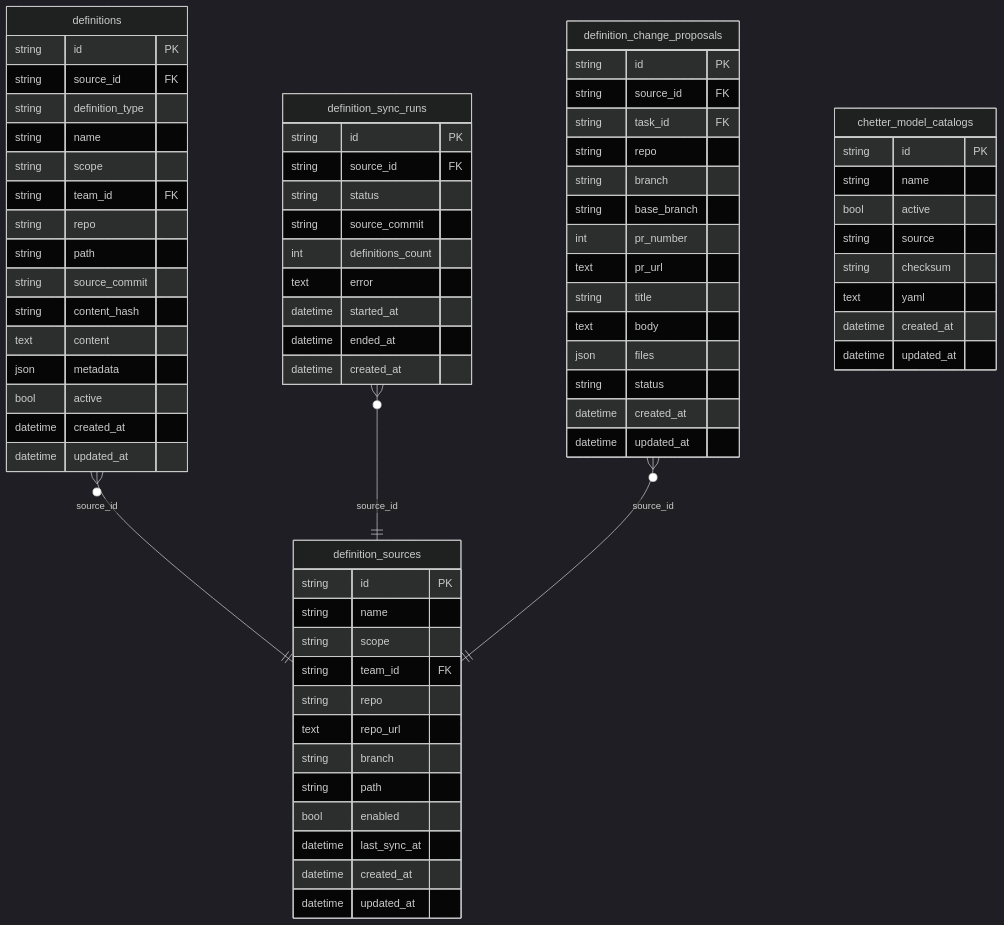
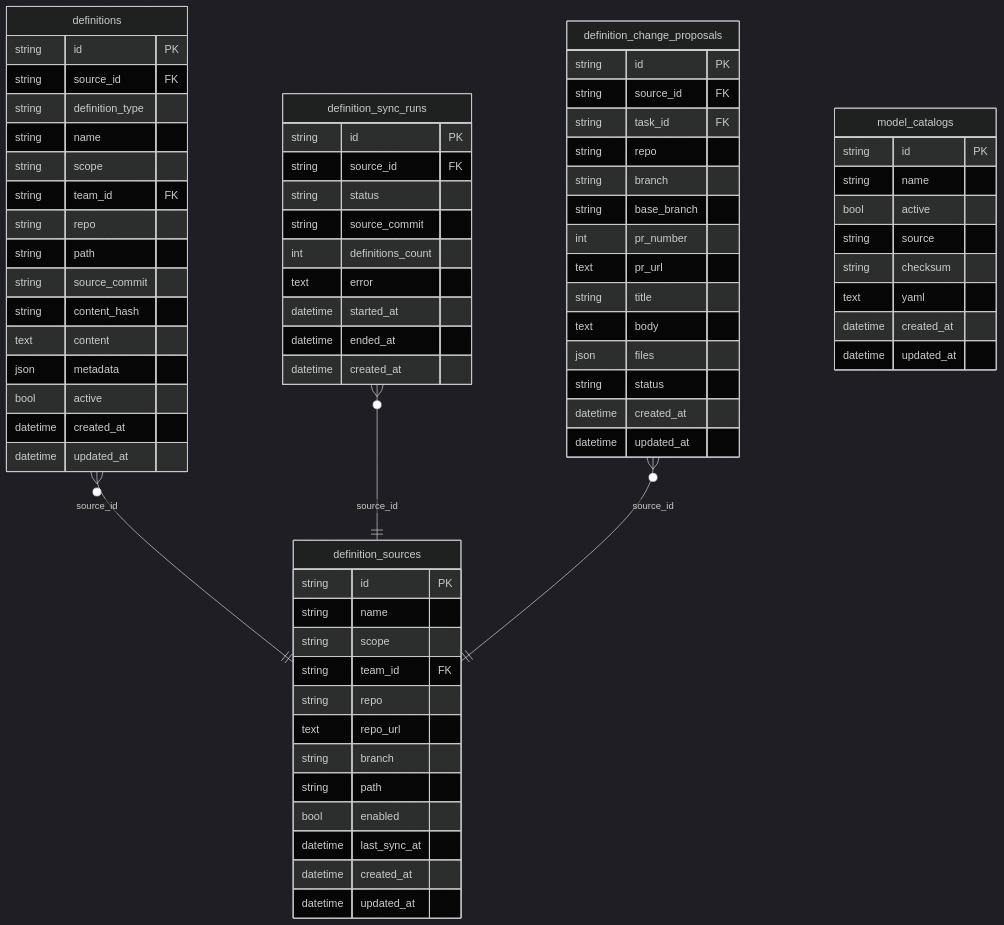
Before and after one commit to flatout-works/chetter: the fifth of 6 diagrams in docs/SCHEMA.md, drawn with Mermaid (dark theme). The commit also changed other lines of this file and 1 other file, not shown here.

First line of the commit message:
chore: follow 052 table renames in ops script and schema doc

````diff
--- a/docs/SCHEMA.md
+++ b/docs/SCHEMA.md
@@ -371,74 +372,74 @@
 ```mermaid
 erDiagram
     definition_sources {
         string id PK
         string name
         string scope
         string team_id FK
         string repo
         text repo_url
         string branch
         string path
         bool enabled
         datetime last_sync_at
         datetime created_at
         datetime updated_at
     }
     definitions {
         string id PK
         string source_id FK
         string definition_type
         string name
         string scope
         string team_id FK
         string repo
         string path
         string source_commit
         string content_hash
         text content
         json metadata
         bool active
         datetime created_at
         datetime updated_at
     }
     definition_sync_runs {
         string id PK
         string source_id FK
         string status
         string source_commit
         int definitions_count
         text error
         datetime started_at
         datetime ended_at
         datetime created_at
     }
     definition_change_proposals {
         string id PK
         string source_id FK
         string task_id FK
         string repo
         string branch
         string base_branch
         int pr_number
         text pr_url
         string title
         text body
         json files
         string status
         datetime created_at
         datetime updated_at
     }
-    chetter_model_catalogs {
+    model_catalogs {
         string id PK
         string name
         bool active
         string source
         string checksum
         text yaml
         datetime created_at
         datetime updated_at
     }
     definitions }o--|| definition_sources : "source_id"
     definition_sync_runs }o--|| definition_sources : "source_id"
     definition_change_proposals }o--|| definition_sources : "source_id"
 ```
````
